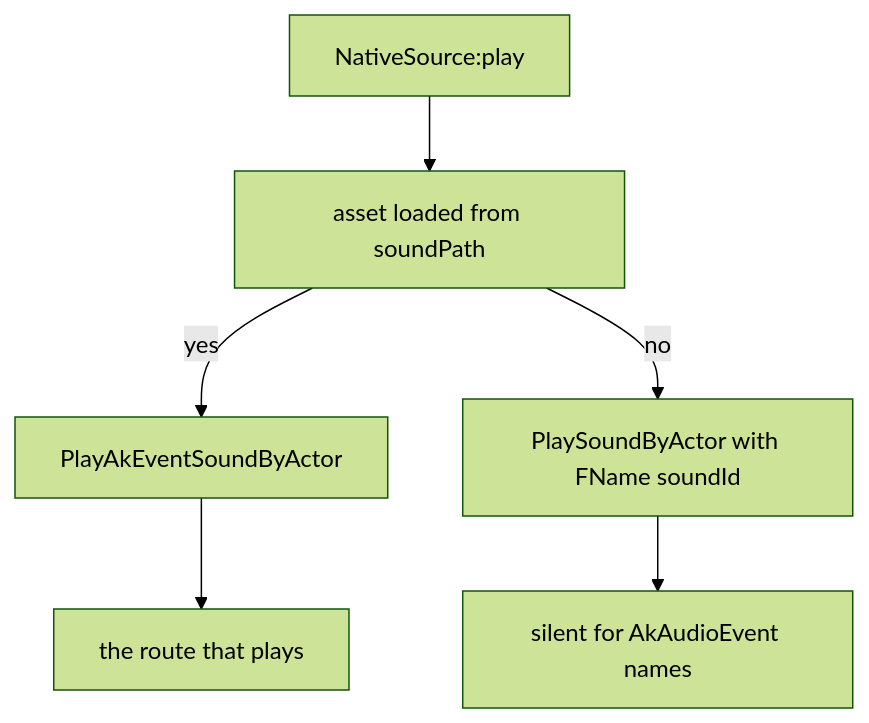
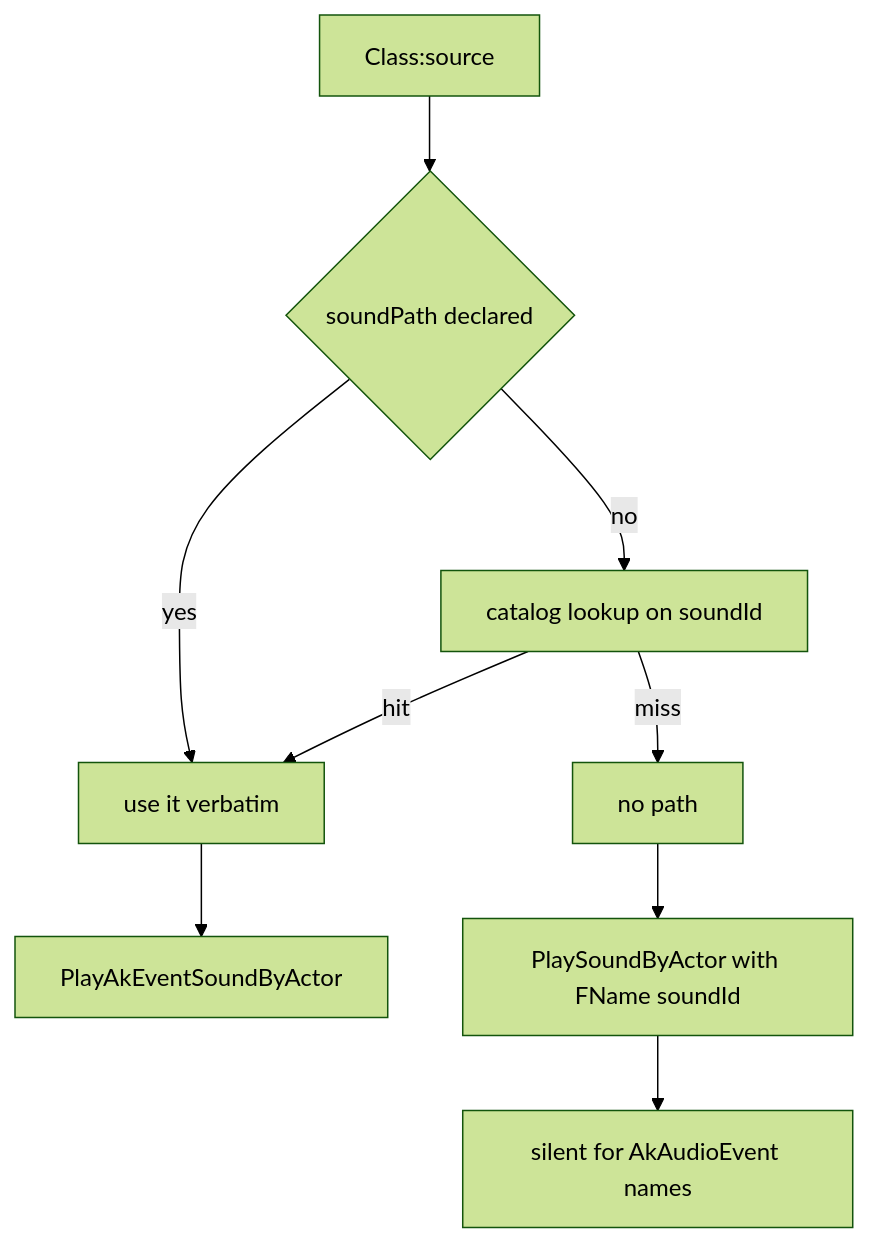
Before and after one commit to dr-mikan/PalForge: the third of 3 diagrams in docs/content/docs/api/audio.ja.mdx, drawn with Mermaid (forest theme). The commit also changed other lines of this file and 190 other files, not shown here.

````diff
--- a/docs/content/docs/api/audio.ja.mdx
+++ b/docs/content/docs/api/audio.ja.mdx
@@ -198,8 +206,11 @@
 ```mermaid
 flowchart TD
-  A["NativeSource:play"] --> B["asset loaded from soundPath"]
-  B -->|yes| C["PlayAkEventSoundByActor"]
-  B -->|no| D["PlaySoundByActor with FName soundId"]
-  C --> E["the route that plays"]
-  D --> F["silent for AkAudioEvent names"]
+  A["Class:source"] --> B{"soundPath declared"}
+  B -->|yes| C["use it verbatim"]
+  B -->|no| D["catalog lookup on soundId"]
+  D -->|hit| C
+  D -->|miss| E["no path"]
+  C --> F["PlayAkEventSoundByActor"]
+  E --> G["PlaySoundByActor with FName soundId"]
+  G --> H["silent for AkAudioEvent names"]
 ```
````
